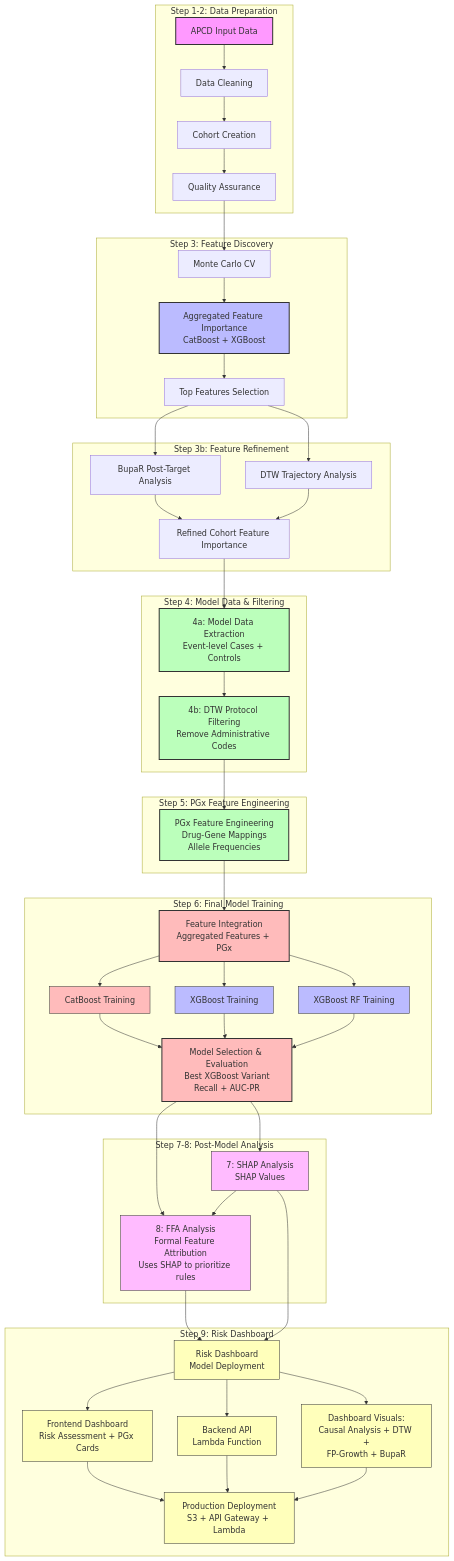
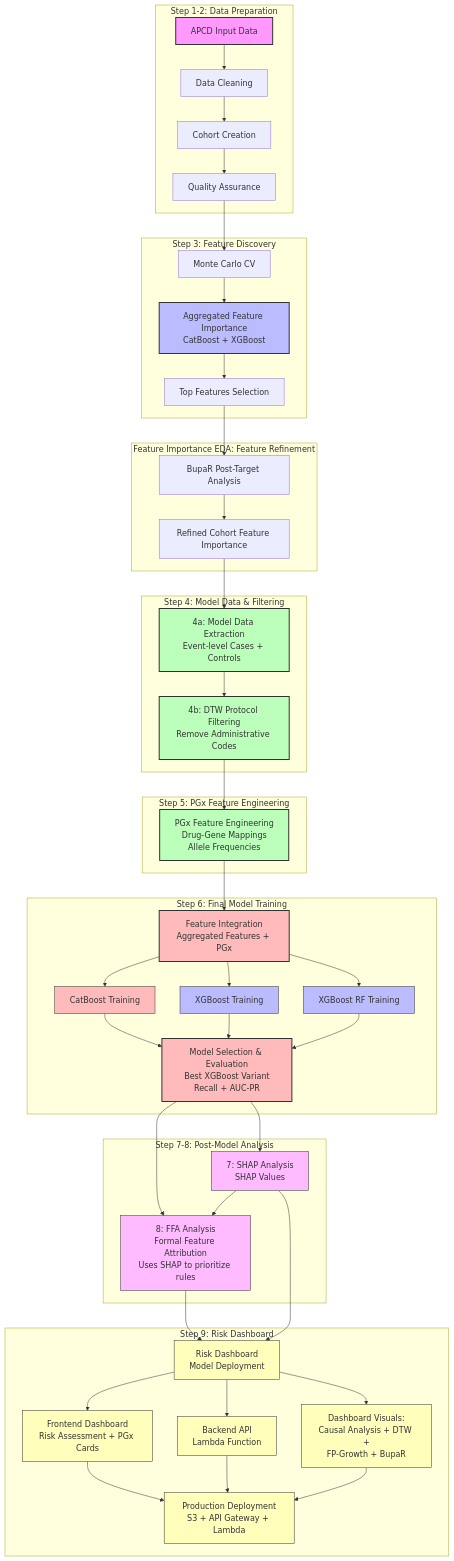
The diagram in README.md (Jerome3590/pgx-analysis), drawn with Mermaid before and after one commit. The commit also changed 2 other files, not shown here.

Commit message:
Fix remaining Step 3b references
- Update README.md mermaid diagram (remove DTW reference)
- Fix 0_icd_cpt_check README references
- Fix feature_importance_eda_workflow.py environment variable handling
- Fix create_bupar_visualizations.py remaining comments

````diff
--- a/README.md
+++ b/README.md
@@ -111,75 +111,73 @@
 ```mermaid
 flowchart TD
     subgraph "Step 1-2: Data Preparation"
         A1[APCD Input Data] --> A2[Data Cleaning]
         A2 --> A3[Cohort Creation]
         A3 --> A4[Quality Assurance]
     end
     
     subgraph "Step 3: Feature Discovery"
         A4 --> B1[Monte Carlo CV]
         B1 --> B2[Aggregated Feature Importance<br/>CatBoost + XGBoost]
         B2 --> B3[Top Features Selection]
     end
     
-    subgraph "Step 3b: Feature Refinement"
+    subgraph "Feature Importance EDA: Feature Refinement"
         B3 --> B4[BupaR Post-Target Analysis]
-        B3 --> B5[DTW Trajectory Analysis]
         B4 --> B6[Refined Cohort Feature Importance]
-        B5 --> B6
     end
     
     subgraph "Step 4: Model Data & Filtering"
         B6 --> C1[4a: Model Data Extraction<br/>Event-level Cases + Controls]
         C1 --> C2[4b: DTW Protocol Filtering<br/>Remove Administrative Codes]
     end
     
     subgraph "Step 5: PGx Feature Engineering"
         C2 --> D1[PGx Feature Engineering<br/>Drug-Gene Mappings<br/>Allele Frequencies]
     end
     
     subgraph "Step 6: Final Model Training"
         D1 --> E1[Feature Integration<br/>Aggregated Features + PGx]
         E1 --> E2[CatBoost Training]
         E1 --> E3[XGBoost Training]
         E1 --> E3a[XGBoost RF Training]
         E2 --> E4[Model Selection & Evaluation<br/>Best XGBoost Variant<br/>Recall + AUC-PR]
         E3 --> E4
         E3a --> E4
     end
     
     subgraph "Step 7-8: Post-Model Analysis"
         E4 --> F1[7: SHAP Analysis<br/>SHAP Values]
         E4 --> F2[8: FFA Analysis<br/>Formal Feature Attribution<br/>Uses SHAP to prioritize rules]
         F1 --> F2
     end
     
     subgraph "Step 9: Risk Dashboard"
         F2 --> G1[Risk Dashboard<br/>Model Deployment]
         F1 --> G1
         G1 --> G2[Frontend Dashboard<br/>Risk Assessment + PGx Cards]
         G1 --> G3[Backend API<br/>Lambda Function]
         G1 --> G4[Dashboard Visuals:<br/>Causal Analysis + DTW +<br/>FP-Growth + BupaR]
         G2 --> G5[Production Deployment<br/>S3 + API Gateway + Lambda]
         G3 --> G5
         G4 --> G5
     end
     
     style A1 fill:#f9f,stroke:#333,stroke-width:2px
     style B2 fill:#bbf,stroke:#333,stroke-width:2px
     style C1 fill:#bfb,stroke:#333,stroke-width:2px
     style C2 fill:#bfb,stroke:#333,stroke-width:2px
     style D1 fill:#bfb,stroke:#333,stroke-width:2px
     style E1 fill:#fbb,stroke:#333,stroke-width:2px
     style E2 fill:#fbb,stroke:#333,stroke-width:2px    %% CatBoost
     style E3 fill:#bbf,stroke:#333,stroke-width:2px    %% XGBoost
     style E3a fill:#bbf,stroke:#333,stroke-width:2px   %% XGBoost RF
     style E4 fill:#fbb,stroke:#333,stroke-width:2px
     style F1 fill:#fbf,stroke:#333,stroke-width:2px    %% SHAP Analysis
     style F2 fill:#fbf,stroke:#333,stroke-width:2px    %% FFA Analysis
     style G1 fill:#ffb,stroke:#333,stroke-width:2px    %% Risk Dashboard
     style G2 fill:#ffb,stroke:#333,stroke-width:2px    %% Frontend
     style G3 fill:#ffb,stroke:#333,stroke-width:2px    %% Backend
     style G4 fill:#ffb,stroke:#333,stroke-width:2px    %% Visualizations
     style G5 fill:#ffb,stroke:#333,stroke-width:2px    %% Deployment
 ```
````
